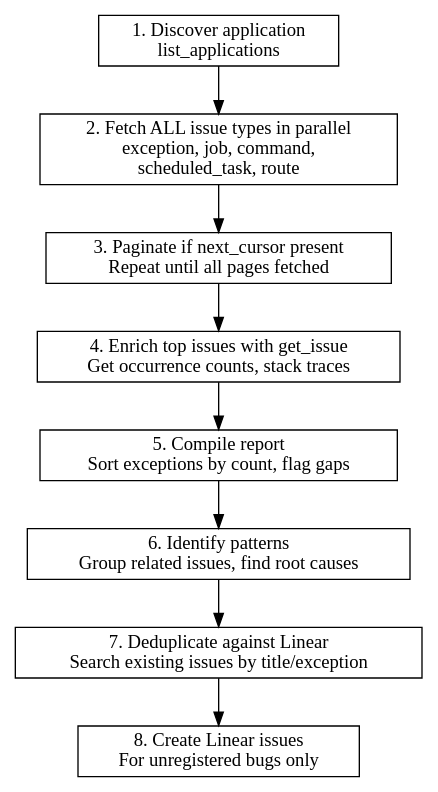
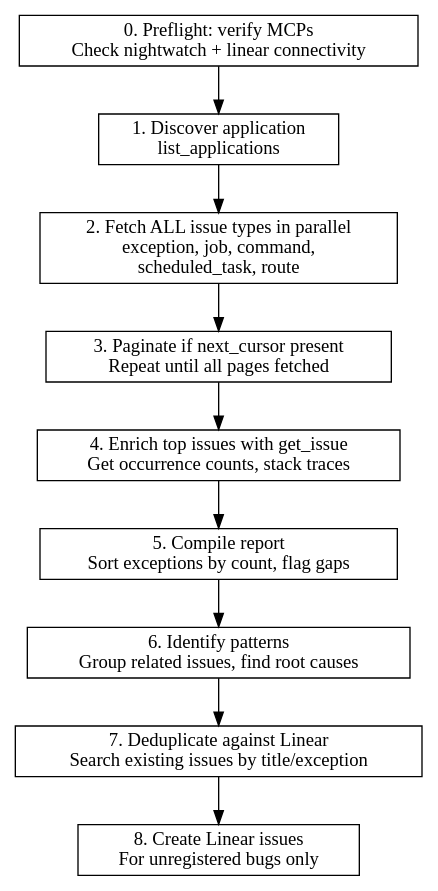
Before and after one commit to Kotivskyi/cpp-plugins: the diagram in plugins/nightwatch-health-audit/skills/nightwatch-health-audit/SKILL.md, drawn with Graphviz. The commit also changed other lines of this file, not shown here.

First line of the commit message:
feat: add MCP preflight check with guided setup to nightwatch-health-audit

````diff
--- a/plugins/nightwatch-health-audit/skills/nightwatch-health-audit/SKILL.md
+++ b/plugins/nightwatch-health-audit/skills/nightwatch-health-audit/SKILL.md
@@ -21,23 +21,25 @@
 ```dot
 digraph audit_flow {
     rankdir=TB;
     node [shape=box];
 
+    preflight [label="0. Preflight: verify MCPs\nCheck nightwatch + linear connectivity"];
     discover [label="1. Discover application\nlist_applications"];
     parallel_fetch [label="2. Fetch ALL issue types in parallel\nexception, job, command,\nscheduled_task, route"];
     paginate [label="3. Paginate if next_cursor present\nRepeat until all pages fetched"];
     enrich [label="4. Enrich top issues with get_issue\nGet occurrence counts, stack traces"];
     compile [label="5. Compile report\nSort exceptions by count, flag gaps"];
     patterns [label="6. Identify patterns\nGroup related issues, find root causes"];
     linear_dedup [label="7. Deduplicate against Linear\nSearch existing issues by title/exception"];
     linear_create [label="8. Create Linear issues\nFor unregistered bugs only"];
 
+    preflight -> discover;
     discover -> parallel_fetch;
     parallel_fetch -> paginate;
     paginate -> enrich;
     enrich -> compile;
     compile -> patterns;
     patterns -> linear_dedup;
     linear_dedup -> linear_create;
 }
 ```
````
